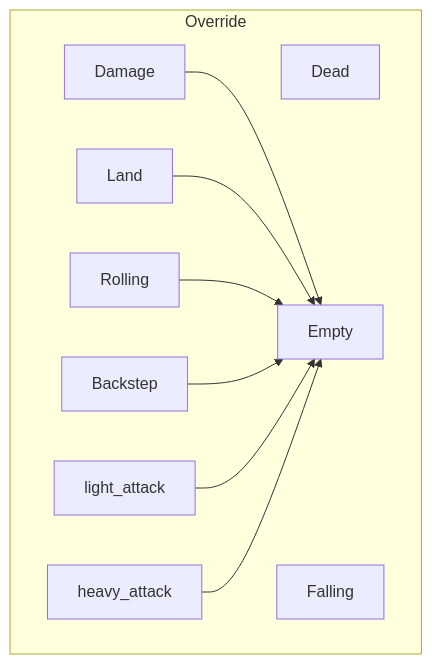
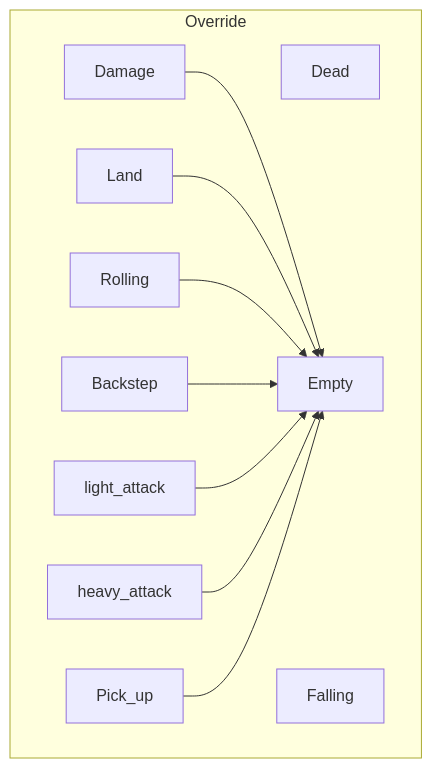
One commit to 8ku/game changed the fourth of 4 diagrams in _posts/2022-10-2-Animation.md. Above: the diagram before and after it, drawn with Mermaid. The commit also changed other lines of this file and 24 other files, not shown here.

````diff
--- a/_posts/2022-10-2-Animation.md
+++ b/_posts/2022-10-2-Animation.md
@@ -69,13 +111,14 @@
 ```mermaid
 flowchart TD
 	subgraph Override
 		Dead
 		Damage --> Empty
 		Falling
 		Land --> Empty
 		Rolling --> Empty
 		Backstep --> Empty
 		light_attack --> Empty
 		heavy_attack --> Empty
+		Pick_up --> Empty
 	end
 ```
````
